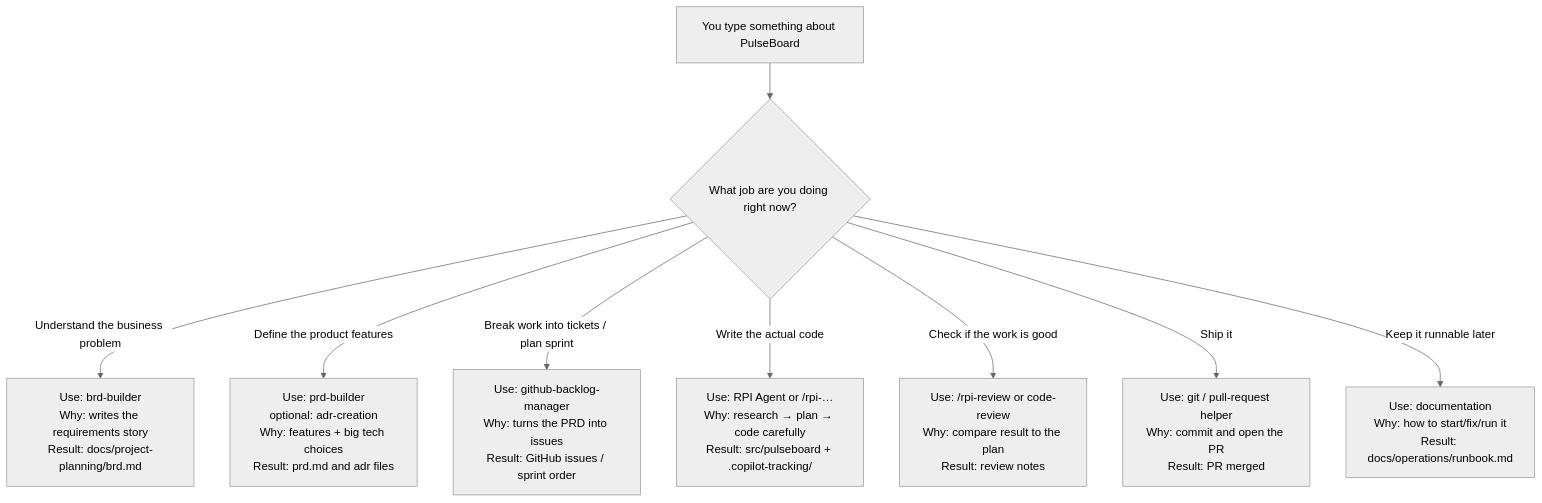
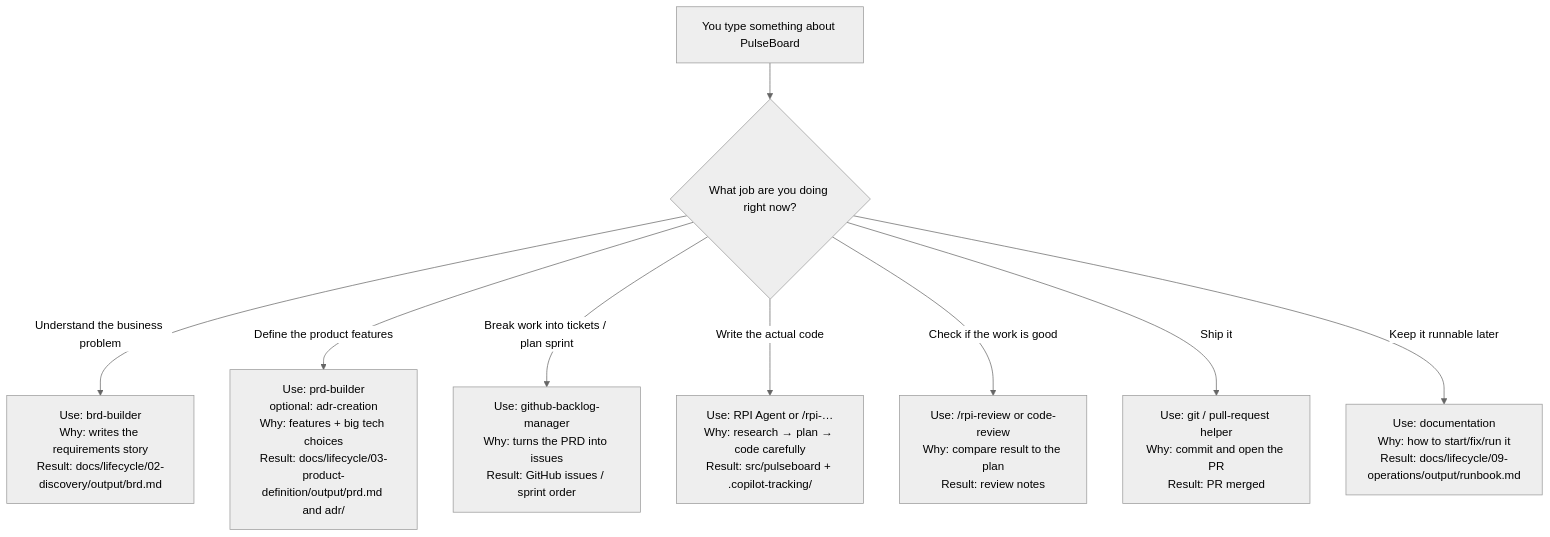
The diagram in docs/guides/hve-lifecycle.md (AbhranilGit/HVE-Core-Course), drawn with Mermaid (neutral theme) before and after one commit. The commit also changed other lines of this file and 21 other files, not shown here.

First line of the commit message:
Organize docs by lifecycle stage with input and output folders

````diff
--- a/docs/guides/hve-lifecycle.md
+++ b/docs/guides/hve-lifecycle.md
@@ -198,18 +198,18 @@
 ```mermaid
 flowchart TB
     Q["You type something about PulseBoard"] --> ST{"What job are you doing right now?"}
 
-    ST -->|Understand the business problem| F2["Use: brd-builder<br/>Why: writes the requirements story<br/>Result: docs/project-planning/brd.md"]
+    ST -->|Understand the business problem| F2["Use: brd-builder<br/>Why: writes the requirements story<br/>Result: docs/lifecycle/02-discovery/output/brd.md"]
 
-    ST -->|Define the product features| F3["Use: prd-builder<br/>optional: adr-creation<br/>Why: features + big tech choices<br/>Result: prd.md and adr files"]
+    ST -->|Define the product features| F3["Use: prd-builder<br/>optional: adr-creation<br/>Why: features + big tech choices<br/>Result: docs/lifecycle/03-product-definition/output/prd.md and adr/"]
 
     ST -->|Break work into tickets / plan sprint| F45["Use: github-backlog-manager<br/>Why: turns the PRD into issues<br/>Result: GitHub issues / sprint order"]
 
     ST -->|Write the actual code| F6["Use: RPI Agent or /rpi-…<br/>Why: research → plan → code carefully<br/>Result: src/pulseboard + .copilot-tracking/"]
 
     ST -->|Check if the work is good| F7["Use: /rpi-review or code-review<br/>Why: compare result to the plan<br/>Result: review notes"]
 
     ST -->|Ship it| F8["Use: git / pull-request helper<br/>Why: commit and open the PR<br/>Result: PR merged"]
 
-    ST -->|Keep it runnable later| F9["Use: documentation<br/>Why: how to start/fix/run it<br/>Result: docs/operations/runbook.md"]
+    ST -->|Keep it runnable later| F9["Use: documentation<br/>Why: how to start/fix/run it<br/>Result: docs/lifecycle/09-operations/output/runbook.md"]
 ```
````
